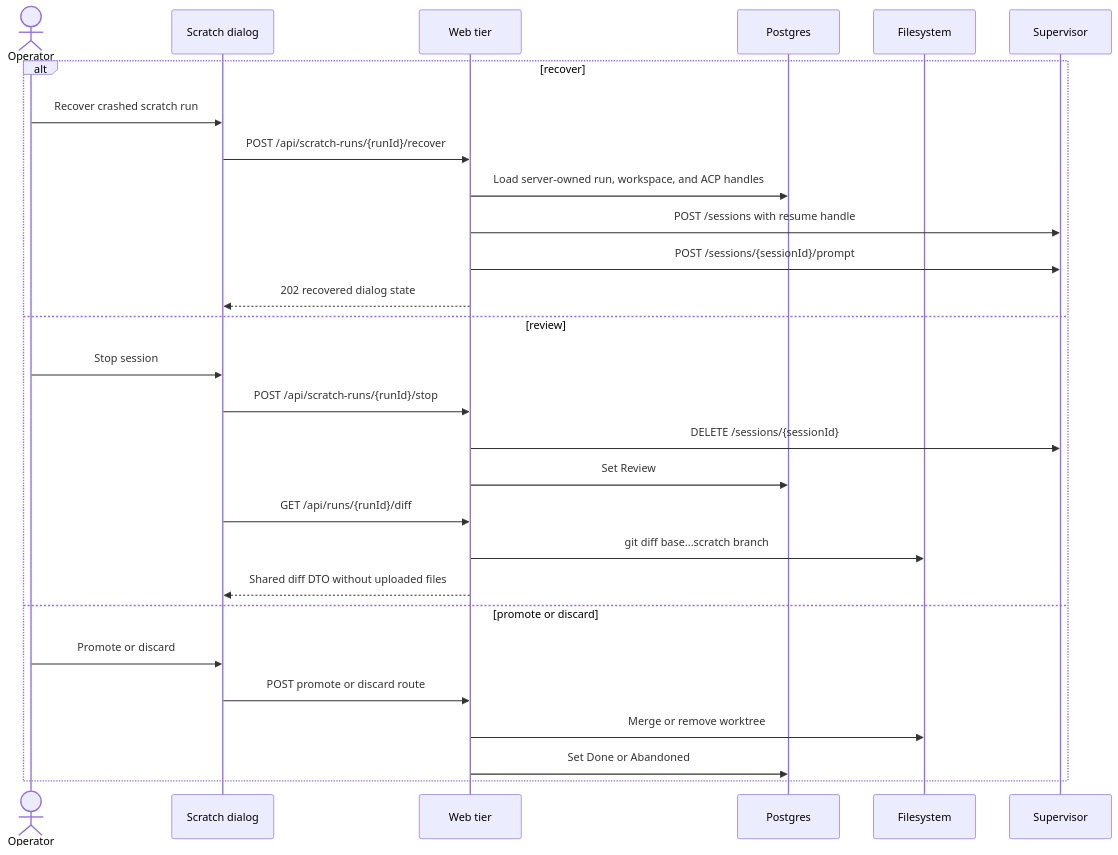
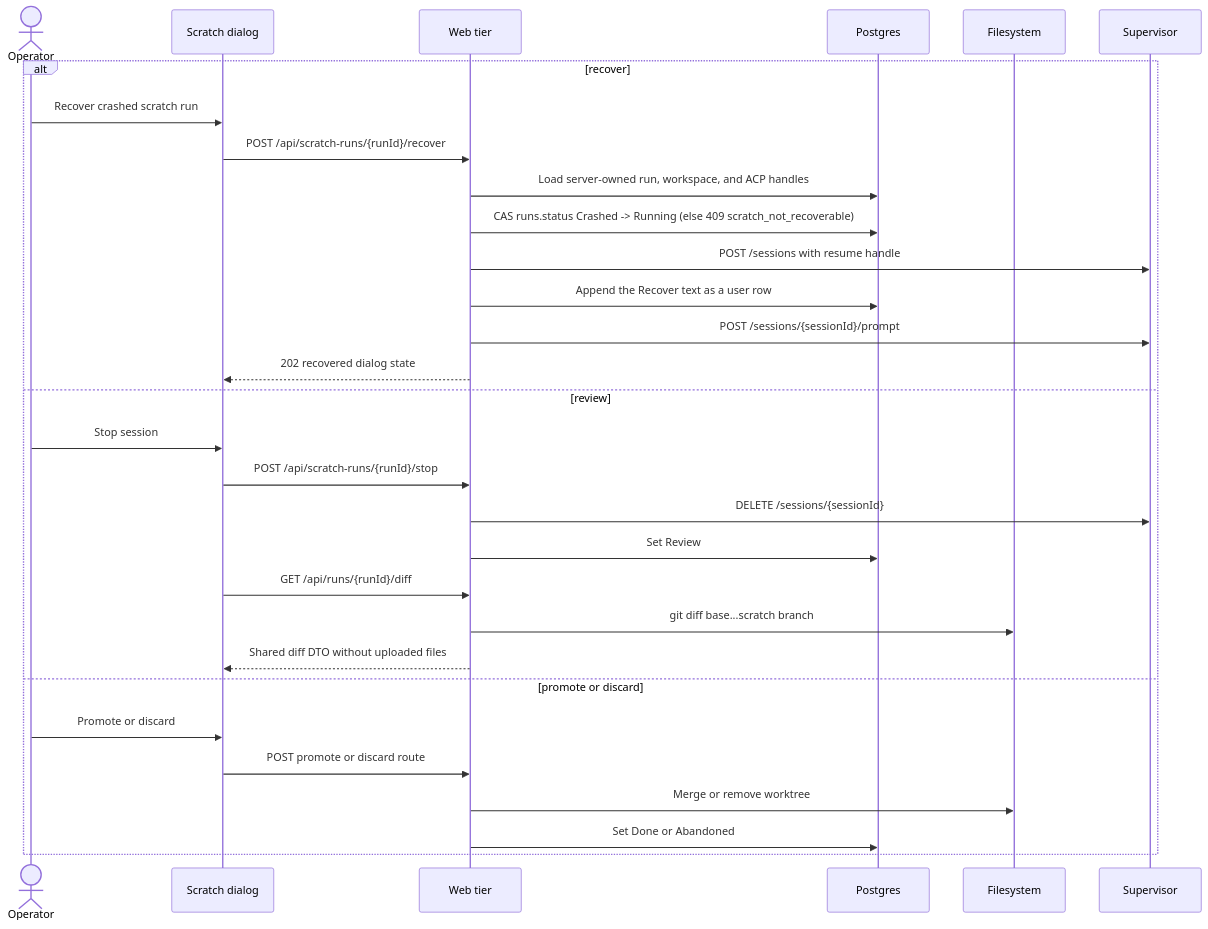
One commit to maister-dev/maister changed the fifth of 6 diagrams in docs/system-analytics/scratch-runs.md. Above: the diagram before and after it, drawn with Mermaid. The commit also changed other lines of this file and 28 other files, not shown here.

First line of the commit message:
docs(ownership): SDD for scratch grace/Recover, the agent queue invariant, the dead-session answer and the terminal cause (ADR-175/177/180/182 amendments)

````diff
--- a/docs/system-analytics/scratch-runs.md
+++ b/docs/system-analytics/scratch-runs.md
@@ -343,31 +349,33 @@
 ```mermaid
 sequenceDiagram
     actor U as Operator
     participant UI as Scratch dialog
     participant W as Web tier
     participant DB as Postgres
     participant FS as Filesystem
     participant SV as Supervisor
 
     alt recover
         U->>UI: Recover crashed scratch run
         UI->>W: POST /api/scratch-runs/{runId}/recover
         W->>DB: Load server-owned run, workspace, and ACP handles
+        W->>DB: CAS runs.status Crashed -> Running (else 409 scratch_not_recoverable)
         W->>SV: POST /sessions with resume handle
+        W->>DB: Append the Recover text as a user row
         W->>SV: POST /sessions/{sessionId}/prompt
         W-->>UI: 202 recovered dialog state
     else review
         U->>UI: Stop session
         UI->>W: POST /api/scratch-runs/{runId}/stop
         W->>SV: DELETE /sessions/{sessionId}
         W->>DB: Set Review
         UI->>W: GET /api/runs/{runId}/diff
         W->>FS: git diff base...scratch branch
         W-->>UI: Shared diff DTO without uploaded files
     else promote or discard
         U->>UI: Promote or discard
         UI->>W: POST promote or discard route
         W->>FS: Merge or remove worktree
         W->>DB: Set Done or Abandoned
     end
 ```
````
